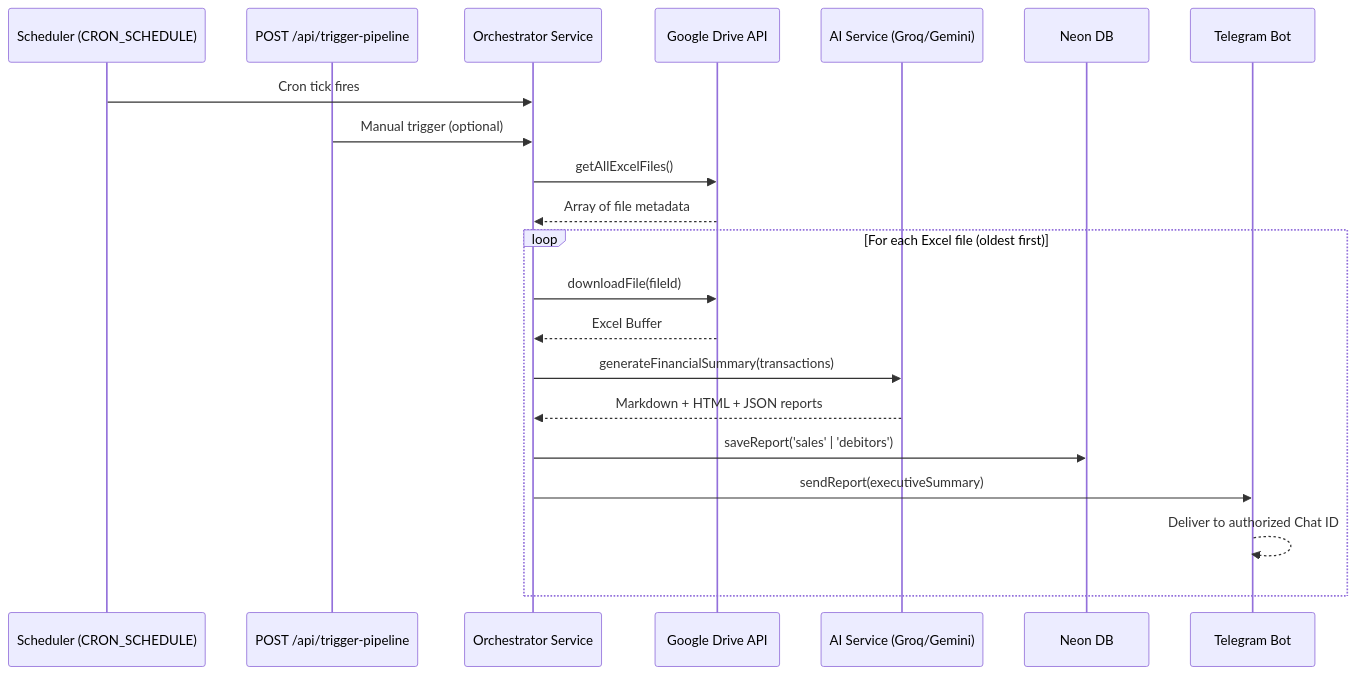
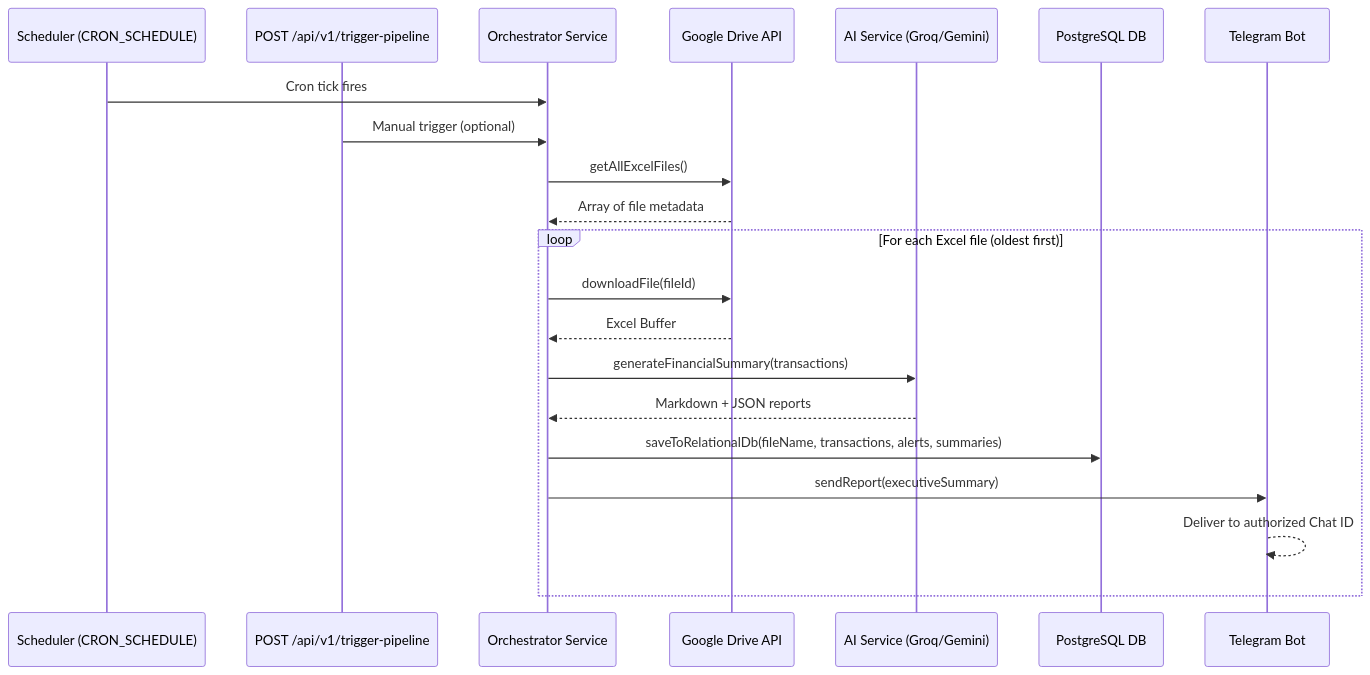
One commit to ramsaoji/Ai-Accounting-Automation changed the diagram in docs/app/google_drive_integration.md. Above: the diagram before and after it, drawn with Mermaid. The commit also changed other lines of this file and 58 other files, not shown here.

````diff
--- a/docs/app/google_drive_integration.md
+++ b/docs/app/google_drive_integration.md
@@ -157,24 +144,24 @@
 ```mermaid
 sequenceDiagram
     participant Cron as Scheduler (CRON_SCHEDULE)
-    participant API as POST /api/trigger-pipeline
+    participant API as POST /api/v1/trigger-pipeline
     participant Orch as Orchestrator Service
     participant Drive as Google Drive API
     participant AI as AI Service (Groq/Gemini)
-    participant DB as Neon DB
+    participant DB as PostgreSQL DB
     participant TG as Telegram Bot
 
     Cron->>Orch: Cron tick fires
     API->>Orch: Manual trigger (optional)
     Orch->>Drive: getAllExcelFiles()
     Drive-->>Orch: Array of file metadata
     loop For each Excel file (oldest first)
         Orch->>Drive: downloadFile(fileId)
         Drive-->>Orch: Excel Buffer
         Orch->>AI: generateFinancialSummary(transactions)
-        AI-->>Orch: Markdown + HTML + JSON reports
-        Orch->>DB: saveReport('sales' | 'debitors')
+        AI-->>Orch: Markdown + JSON reports
+        Orch->>DB: saveToRelationalDb(fileName, transactions, alerts, summaries)
         Orch->>TG: sendReport(executiveSummary)
         TG-->>TG: Deliver to authorized Chat ID
     end
 ```
````
